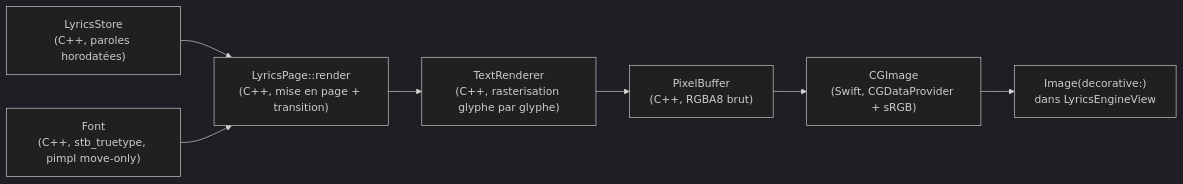
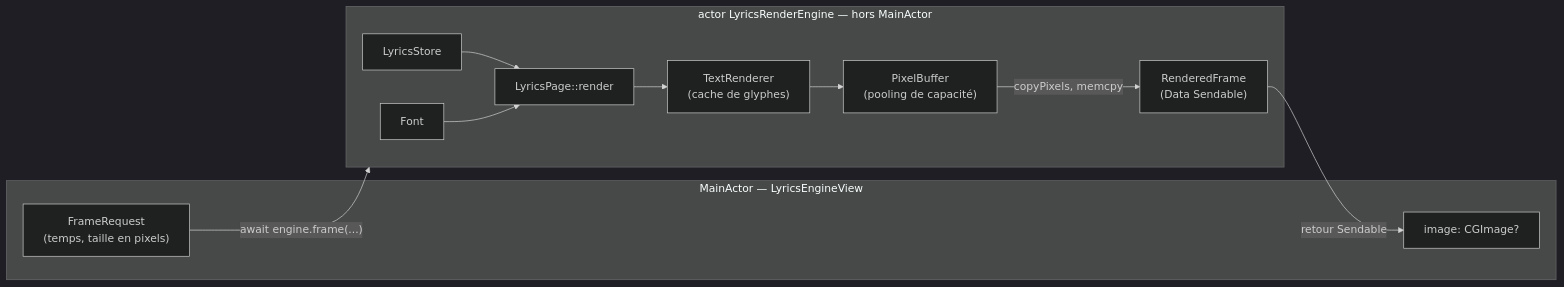
One commit to Njko/karamock changed the third of 3 diagrams in docs/architecture.md. Above: the diagram before and after it, drawn with Mermaid (dark theme). The commit also changed other lines of this file, not shown here.

First line of the commit message:
docs: refresh architecture doc for the off-MainActor rendering engine

````diff
--- a/docs/architecture.md
+++ b/docs/architecture.md
@@ -263,9 +265,16 @@
 ```mermaid
 flowchart LR
-    Store["LyricsStore\n(C++, paroles horodatées)"] --> Page["LyricsPage::render\n(C++, mise en page + transition)"]
-    Font["Font\n(C++, stb_truetype, pimpl move-only)"] --> Page
-    Page --> Renderer["TextRenderer\n(C++, rasterisation glyphe par glyphe)"]
-    Renderer --> Buffer["PixelBuffer\n(C++, RGBA8 brut)"]
-    Buffer --> CG["CGImage\n(Swift, CGDataProvider + sRGB)"]
-    CG --> View["Image(decorative:)\ndans LyricsEngineView"]
+    subgraph MainActor["MainActor — LyricsEngineView"]
+        Req["FrameRequest\n(temps, taille en pixels)"]
+        Img["image: CGImage?"]
+    end
+    subgraph Actor["actor LyricsRenderEngine — hors MainActor"]
+        Store["LyricsStore"] --> Page["LyricsPage::render"]
+        FontC["Font"] --> Page
+        Page --> Renderer["TextRenderer\n(cache de glyphes)"]
+        Renderer --> Buffer["PixelBuffer\n(pooling de capacité)"]
+        Buffer -->|copyPixels, memcpy| Frame["RenderedFrame\n(Data Sendable)"]
+    end
+    Req -->|"await engine.frame(...)"| Actor
+    Frame -->|retour Sendable| Img
 ```
````
